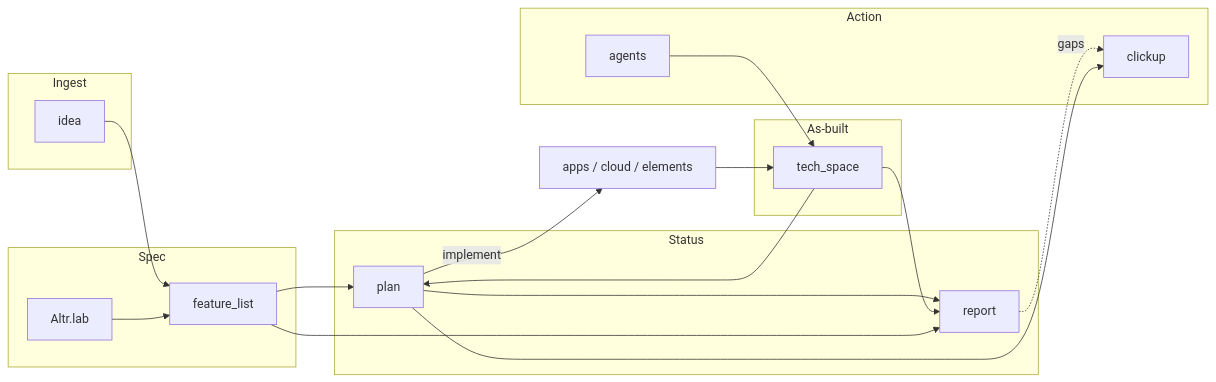
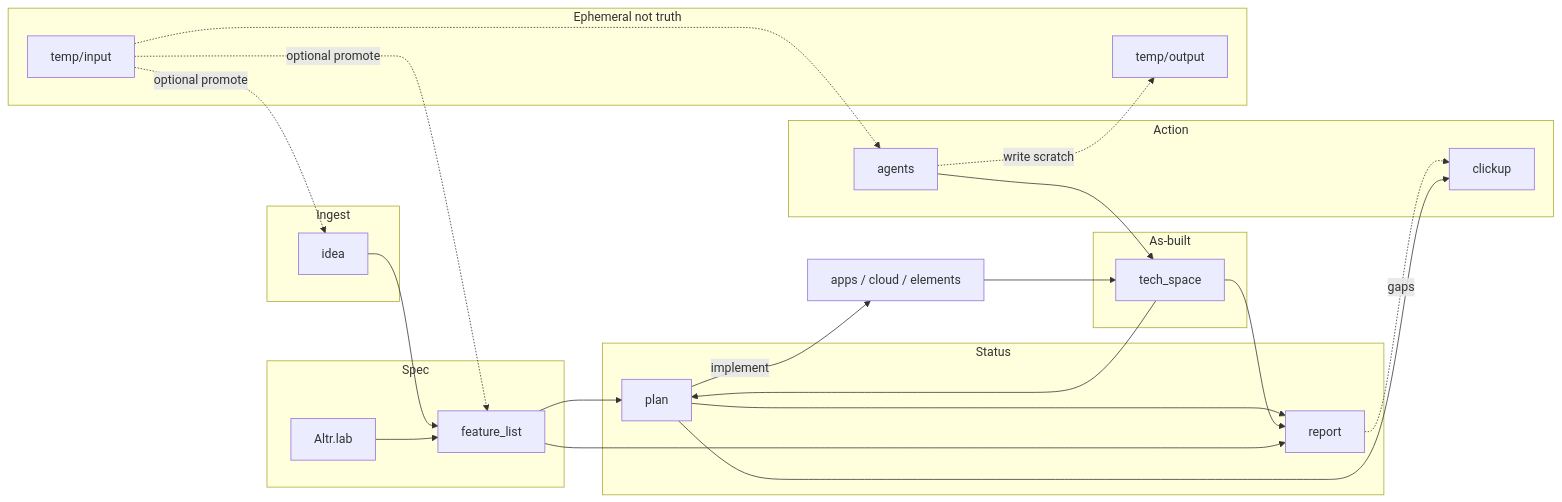
Before and after one commit to samtheory/altr.lab.turbo.v2: the first of 2 diagrams in Docs/brain/00-Docs-Brain.md, drawn with Mermaid. The commit also changed other lines of this file and 149 other files, not shown here.

````diff
--- a/Docs/brain/00-Docs-Brain.md
+++ b/Docs/brain/00-Docs-Brain.md
@@ -52,33 +53,41 @@
 ```mermaid
 flowchart LR
   subgraph ingest [Ingest]
     ID[idea]
   end
   subgraph spec [Spec]
     FL[feature_list]
     AL[Altr.lab]
   end
   subgraph status [Status]
     PL[plan]
     RP[report]
   end
   subgraph built [As-built]
     TS[tech_space]
   end
   subgraph action [Action]
     CU[clickup]
     AG[agents]
   end
+  subgraph ephemeral [Ephemeral not truth]
+    TIN[temp/input]
+    TOUT[temp/output]
+  end
   ID --> FL
   AL --> FL
   FL --> PL
   TS --> PL
   PL --> RP
   TS --> RP
   FL --> RP
   RP -.->|gaps| CU
   PL --> CU
   AG --> TS
   PL -->|implement| CODE[apps / cloud / elements]
   CODE --> TS
+  TIN -.->|optional promote| ID
+  TIN -.->|optional promote| FL
+  AG -.->|write scratch| TOUT
+  TIN -.-> AG
 ```
````
